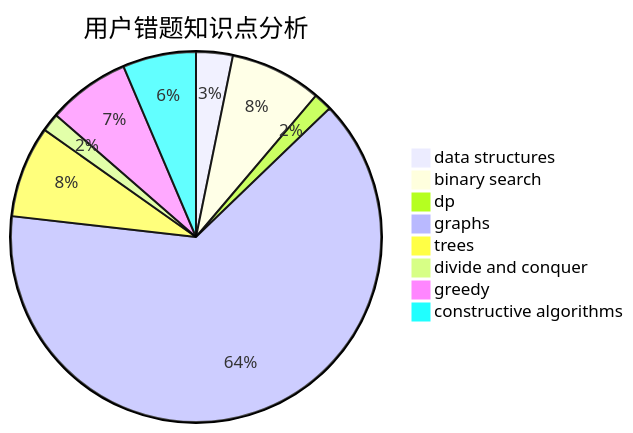
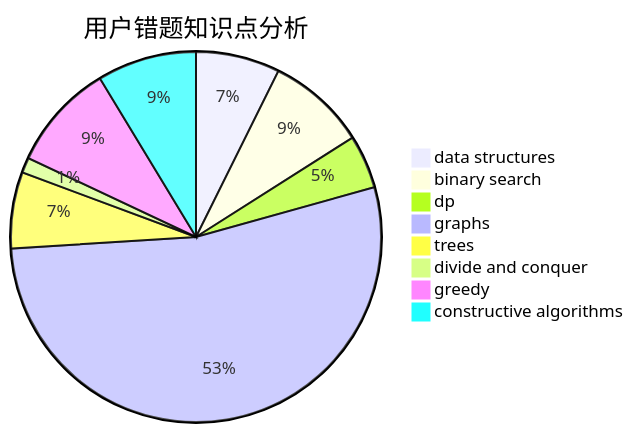
Before and after one commit to sherpahu/cfrs.github.io: the third of 3 diagrams in docs/user/u2313.md, drawn with Mermaid. The commit also changed other lines of this file and 2770 other files, not shown here.

````diff
--- a/docs/user/u2313.md
+++ b/docs/user/u2313.md
@@ -36,11 +36,11 @@
 ```mermaid
 pie title 用户错题知识点分析
-    "data structures" :  4
-    "binary search" :  10
-    "dp" :  2
+    "data structures" :  11
+    "binary search" :  13
+    "dp" :  7
     "graphs" :  80
     "trees" :  10
     "divide and conquer" :  2
-    "greedy" :  9
-    "constructive algorithms" :  8
+    "greedy" :  14
+    "constructive algorithms" :  13
 ```
````
